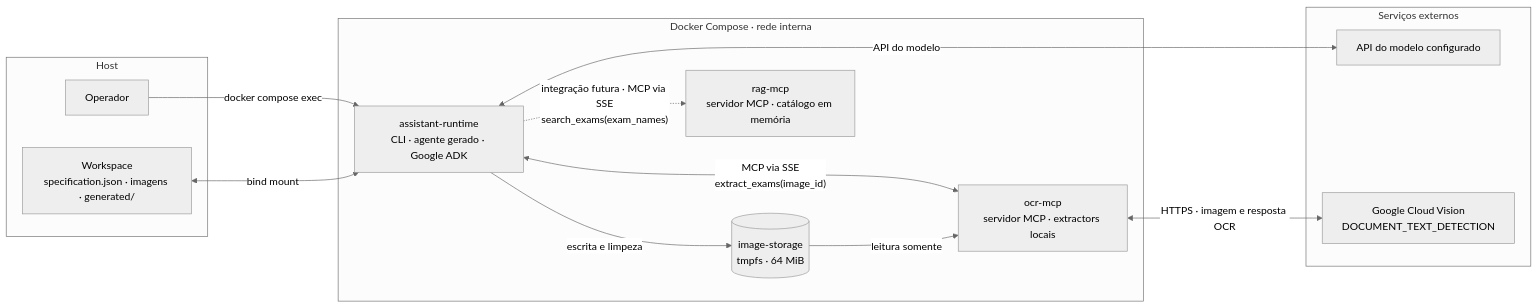
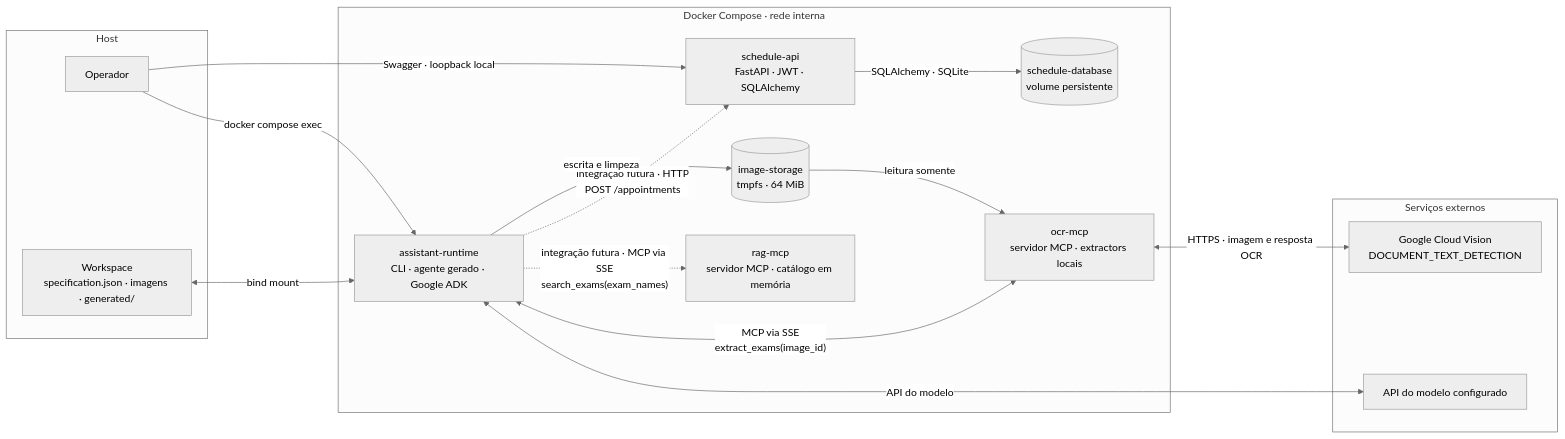
Before and after one commit to patrickadeelino/carrefour_challenge: the diagram in docs/system-design.md, drawn with Mermaid (neutral theme). The commit also changed other lines of this file and 3 other files, not shown here.

Commit message:
docs(schedule-api): document phase 2.3 delivery

````diff
--- a/docs/system-design.md
+++ b/docs/system-design.md
@@ -29,28 +32,33 @@
 ```mermaid
 flowchart LR
     subgraph Host["Host"]
         Operator["Operador"]
         Workspace["Workspace<br/>specification.json · imagens · generated/"]
     end
 
     subgraph Compose["Docker Compose · rede interna"]
         Runtime["assistant-runtime<br/>CLI · agente gerado · Google ADK"]
         TempStore[("image-storage<br/>tmpfs · 64 MiB")]
         OCR["ocr-mcp<br/>servidor MCP · extractors locais"]
         RAG["rag-mcp<br/>servidor MCP · catálogo em memória"]
+        Schedule["schedule-api<br/>FastAPI · JWT · SQLAlchemy"]
+        ScheduleDB[("schedule-database<br/>volume persistente")]
     end
 
     subgraph External["Serviços externos"]
         Model["API do modelo configurado"]
         Vision["Google Cloud Vision<br/>DOCUMENT_TEXT_DETECTION"]
     end
 
     Operator -->|"docker compose exec"| Runtime
     Workspace <-->|"bind mount"| Runtime
     Runtime <-->|"API do modelo"| Model
     Runtime <-->|"MCP via SSE<br/>extract_exams(image_id)"| OCR
     Runtime -.->|"integração futura · MCP via SSE<br/>search_exams(exam_names)"| RAG
+    Runtime -.->|"integração futura · HTTP<br/>POST /appointments"| Schedule
     Runtime -->|"escrita e limpeza"| TempStore
     TempStore -->|"leitura somente"| OCR
     OCR <-->|"HTTPS · imagem e resposta OCR"| Vision
+    Schedule -->|"SQLAlchemy · SQLite"| ScheduleDB
+    Operator -->|"Swagger · loopback local"| Schedule
 ```
````
